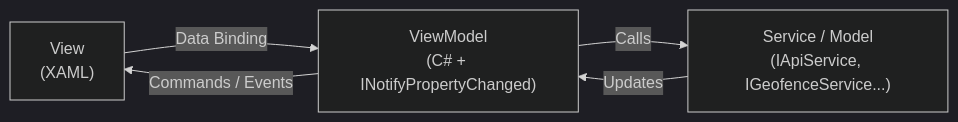
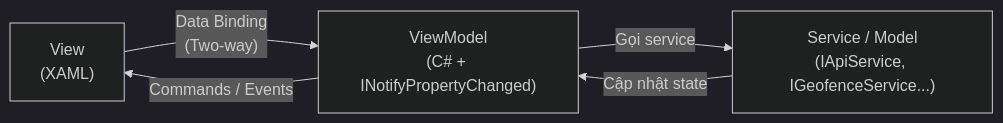
One commit to DZT711/Audio_Guide_App changed the second of 9 diagrams in README.md. Above: the diagram before and after it, drawn with Mermaid (dark theme). The commit also changed other lines of this file, not shown here.

````diff
--- a/README.md
+++ b/README.md
@@ -162,11 +500,11 @@
 ```mermaid
 graph LR
     V["View\n(XAML)"]
     VM["ViewModel\n(C# + INotifyPropertyChanged)"]
     S["Service / Model\n(IApiService, IGeofenceService...)"]
 
-    V -- "Data Binding" --> VM
-    VM -- "Calls" --> S
-    S -- "Updates" --> VM
+    V -- "Data Binding\n(Two-way)" --> VM
+    VM -- "Gọi service" --> S
+    S -- "Cập nhật state" --> VM
     VM -- "Commands / Events" --> V
 ```
````
